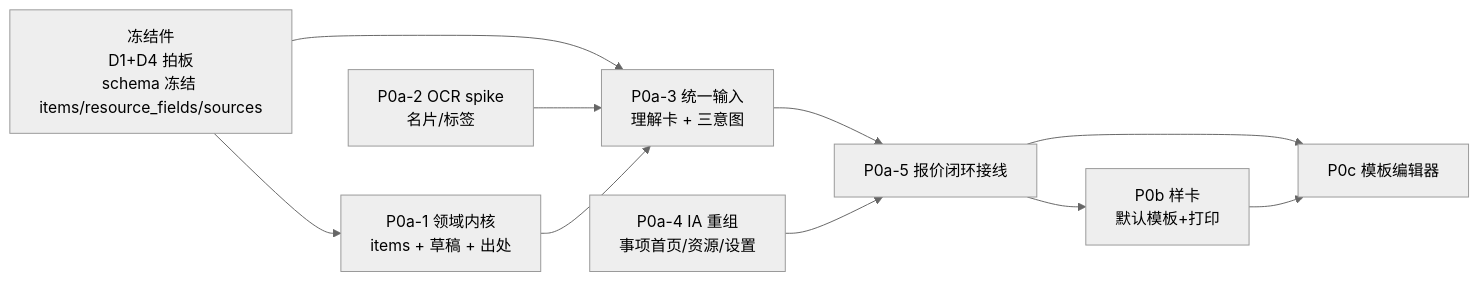
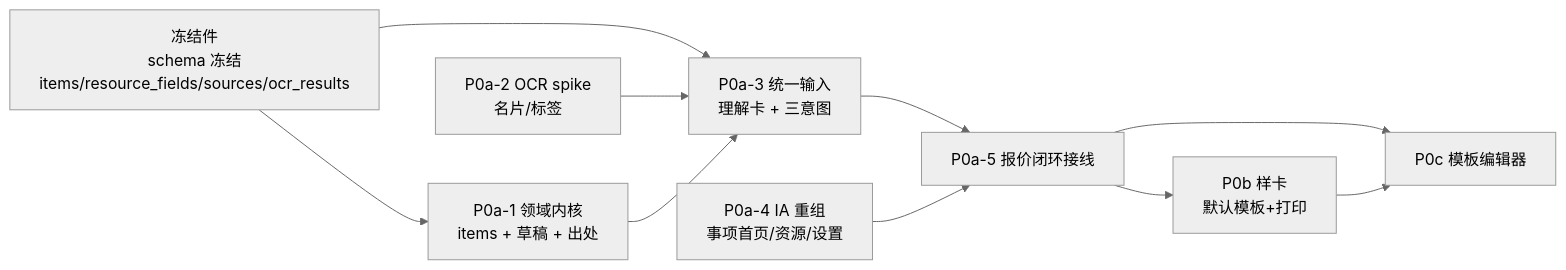
The fifth of 5 diagrams in docs/ai-native-workbench-architecture.md (sjzsdu/weave-order), drawn with Mermaid (neutral theme) before and after one commit. The commit also changed other lines of this file, not shown here.

Commit message:
docs(architecture): revise per confirmed D1/D3/D4/D7 decisions (WAN-190 v2)

````diff
--- a/docs/ai-native-workbench-architecture.md
+++ b/docs/ai-native-workbench-architecture.md
@@ -452,21 +469,21 @@
 ```mermaid
 flowchart LR
-  F1["冻结件<br/>D1+D4 拍板<br/>schema 冻结 items/resource_fields/sources"]
+  F1["冻结件<br/>schema 冻结<br/>items/resource_fields/sources/ocr_results"]
   P0a1["P0a-1 领域内核<br/>items + 草稿 + 出处"]
   P0a2["P0a-2 OCR spike<br/>名片/标签"]
   P0a3["P0a-3 统一输入<br/>理解卡 + 三意图"]
   P0a4["P0a-4 IA 重组<br/>事项首页/资源/设置"]
   P0a5["P0a-5 报价闭环接线"]
   P0b["P0b 样卡<br/>默认模板+打印"]
   P0c["P0c 模板编辑器"]
 
   F1 --> P0a1
   F1 --> P0a3
   P0a2 --> P0a3
   P0a1 --> P0a3
   P0a3 --> P0a5
   P0a4 --> P0a5
   P0a5 --> P0b
   P0a5 --> P0c
   P0b --> P0c
 ```
````
